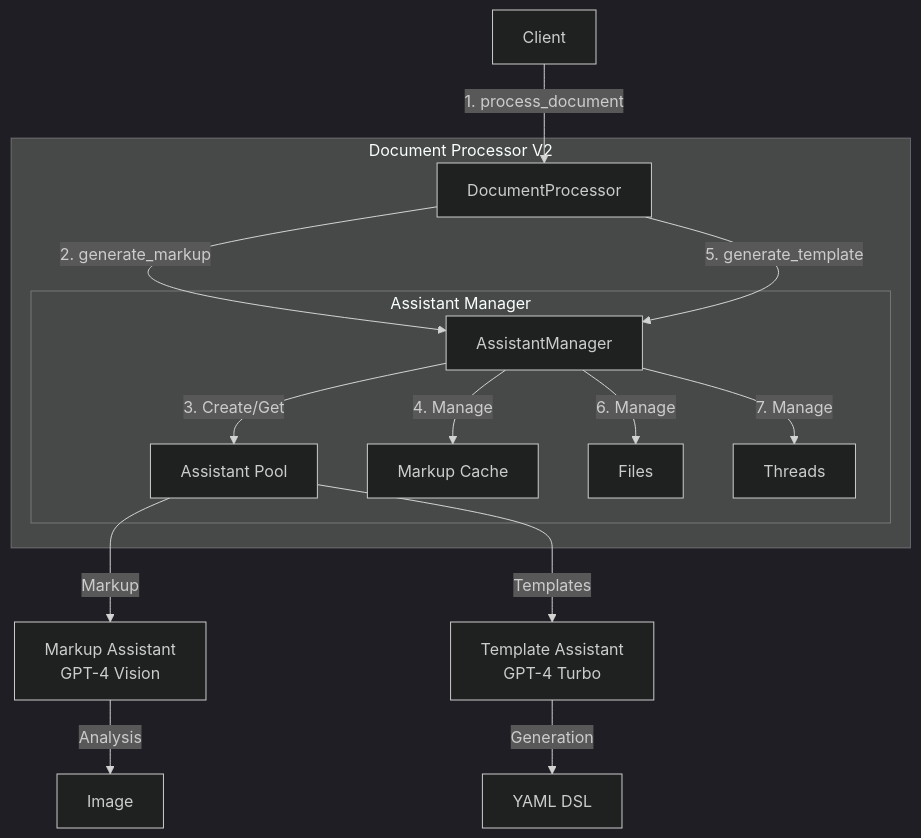
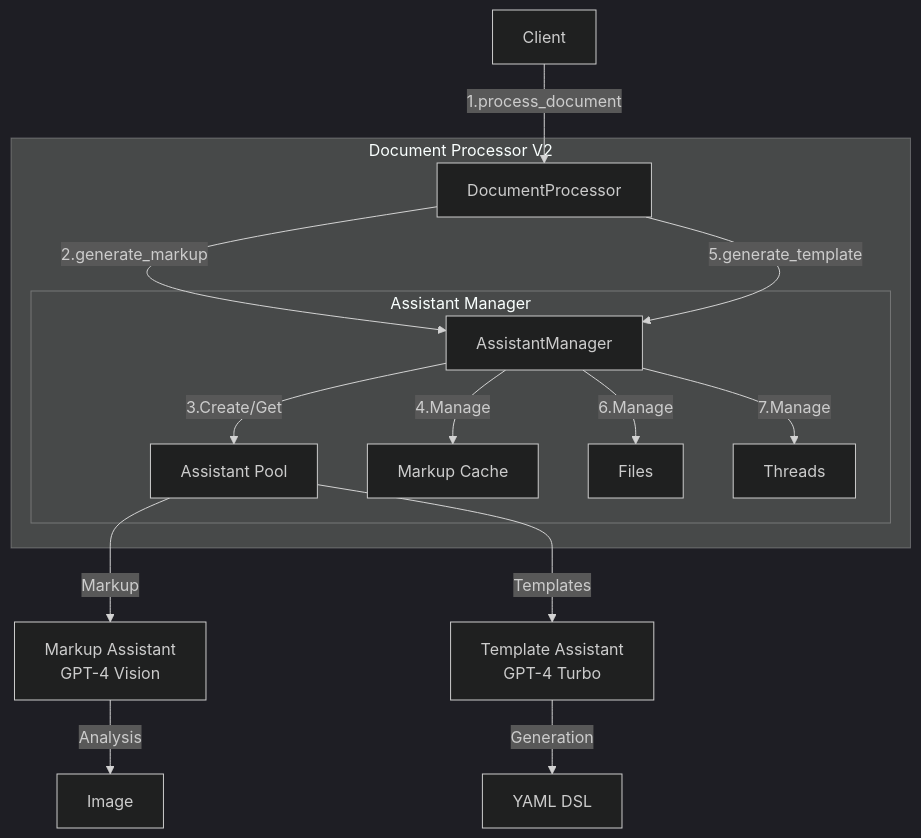
Before and after one commit to olegische/roro-tasks: the first of 7 diagrams in docs-task/document_processor_v2/ARCHITECTURE.md, drawn with Mermaid (dark theme).

````diff
--- a/docs-task/document_processor_v2/ARCHITECTURE.md
+++ b/docs-task/document_processor_v2/ARCHITECTURE.md
@@ -5,22 +5,22 @@
 ```mermaid
 graph TB
-    Client[Client] -->|1. process_document| DP[DocumentProcessor]
+    Client[Client] -->|1.process_document| DP[DocumentProcessor]
     
     subgraph "Document Processor V2"
-        DP -->|2. generate_markup| AM[AssistantManager]
-        DP -->|5. generate_template| AM
+        DP -->|2.generate_markup| AM[AssistantManager]
+        DP -->|5.generate_template| AM
         
         subgraph "Assistant Manager"
-            AM -->|3. Create/Get| Assistants[Assistant Pool]
-            AM -->|4. Manage| Cache[Markup Cache]
-            AM -->|6. Manage| Files[Files]
-            AM -->|7. Manage| Threads[Threads]
+            AM -->|3.Create/Get| Assistants[Assistant Pool]
+            AM -->|4.Manage| Cache[Markup Cache]
+            AM -->|6.Manage| Files[Files]
+            AM -->|7.Manage| Threads[Threads]
         end
     end
     
     Assistants -->|Markup| MA[Markup Assistant\nGPT-4 Vision]
     Assistants -->|Templates| TA[Template Assistant\nGPT-4 Turbo]
     
     MA -->|Analysis| Image[Image]
     TA -->|Generation| DSL[YAML DSL]
 ```
````
